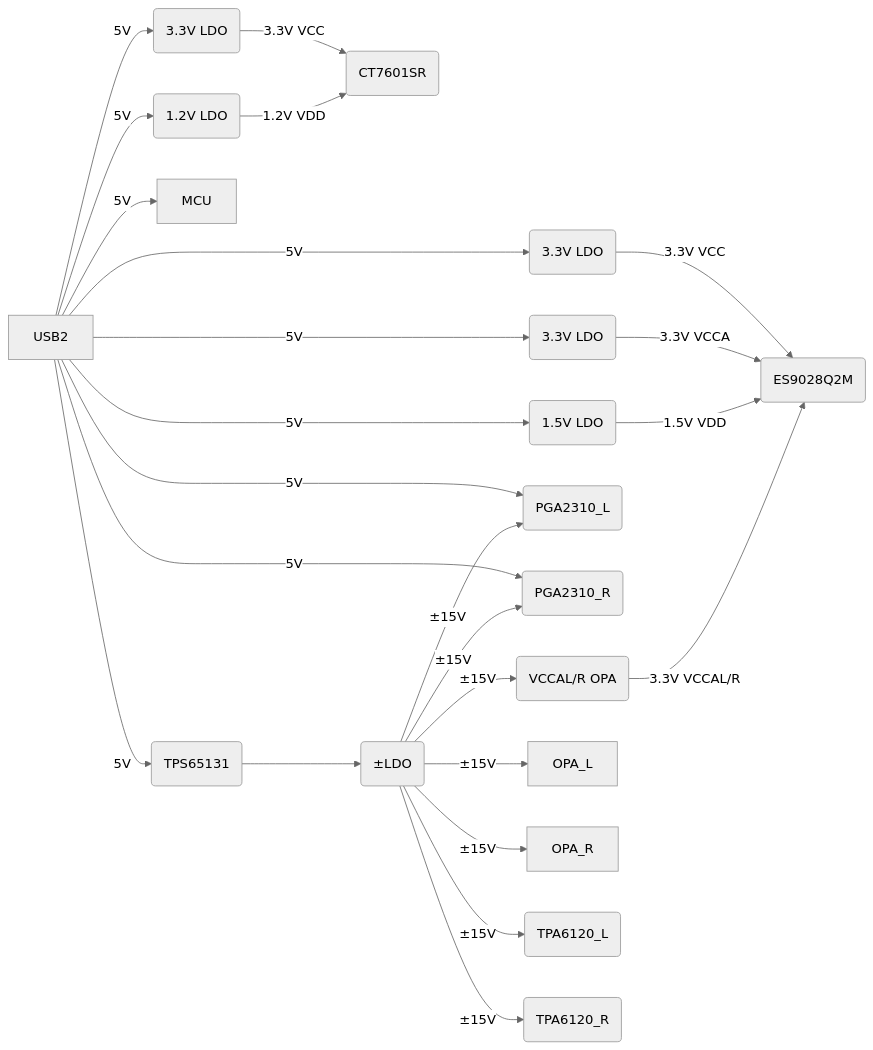
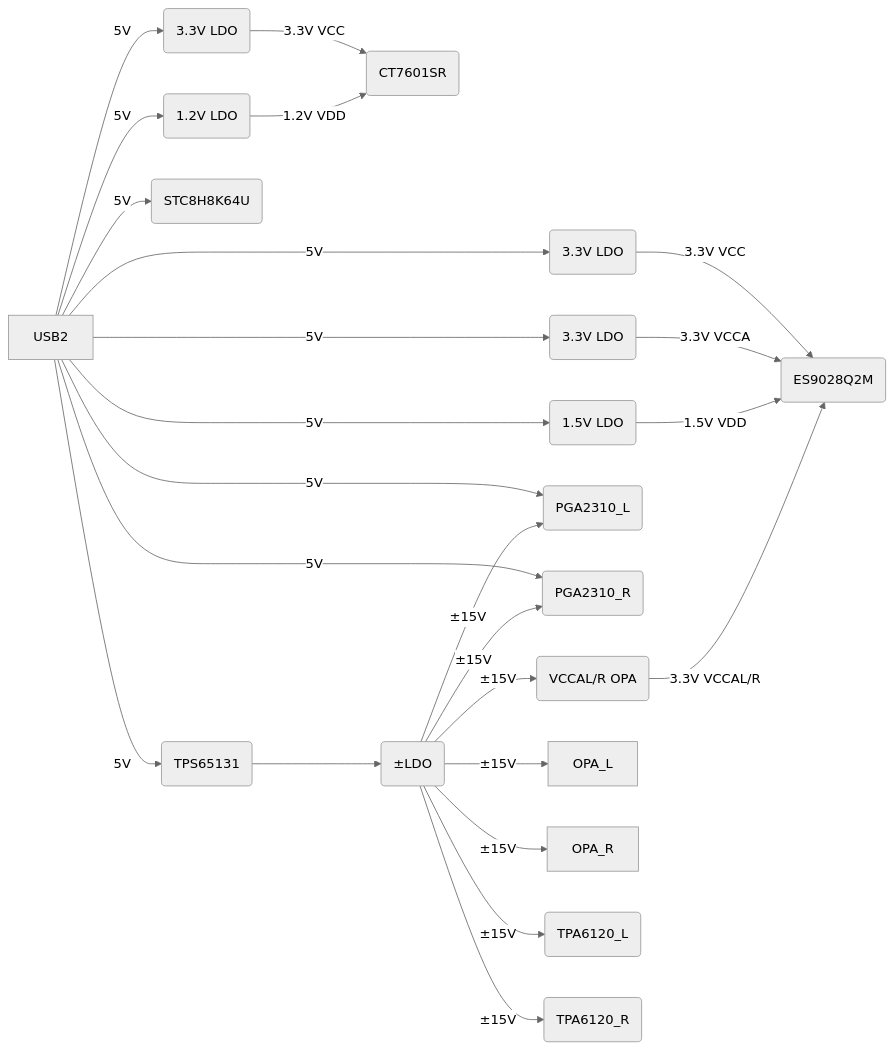
One commit to fangxx3863/USB-DAC-PRO changed the second of 2 diagrams in README.md. Above: the diagram before and after it, drawn with Mermaid (neutral theme). The commit also changed other lines of this file, not shown here.

Commit message:
修正逻辑框图错误

````diff
--- a/README.md
+++ b/README.md
@@ -57,36 +59,36 @@
 ```mermaid
 graph LR
 
 U1[USB2] -->|5V| LDO1(3.3V LDO)
 U1[USB2] -->|5V| LDO2(1.2V LDO)
 U1[USB2] -->|5V| LDO3(3.3V LDO)
 U1[USB2] -->|5V| LDO5(3.3V LDO)
 U1[USB2] -->|5V| LDO4(1.5V LDO)
 
 
 LDO1 -->|3.3V VCC| BRIDGE(CT7601SR)
 LDO2 -->|1.2V VDD| BRIDGE(CT7601SR)
 LDO3 -->|3.3V VCC| ES9028
 LDO5 -->|3.3V VCCA| ES9028
 LDO4 -->|1.5V VDD| ES9028
 
 U1 -->|5V| PGA2310_L(PGA2310_L)
 U1 -->|5V| PGA2310_R(PGA2310_R)
-U1 -->|5V| MCU
+U1 -->|5V| MCU(STC8H8K64U)
 
 U1 -->|5V| TPS65131(TPS65131)
 TPS65131 --> LDO_P(±LDO)
 LDO_P -->|±15V| PGA2310_L
 LDO_P -->|±15V| PGA2310_R
 LDO_P -->|±15V| P_OPA
 LDO_P -->|±15V| OPA_L
 LDO_P -->|±15V| OPA_R
 LDO_P -->|±15V| TPA6120_L(TPA6120_L)
 LDO_P -->|±15V| TPA6120_R(TPA6120_R)
 
 P_OPA(VCCAL/R OPA) -->|3.3V VCCAL/R| ES9028(ES9028Q2M)
 
 
 
 
 ```
````
